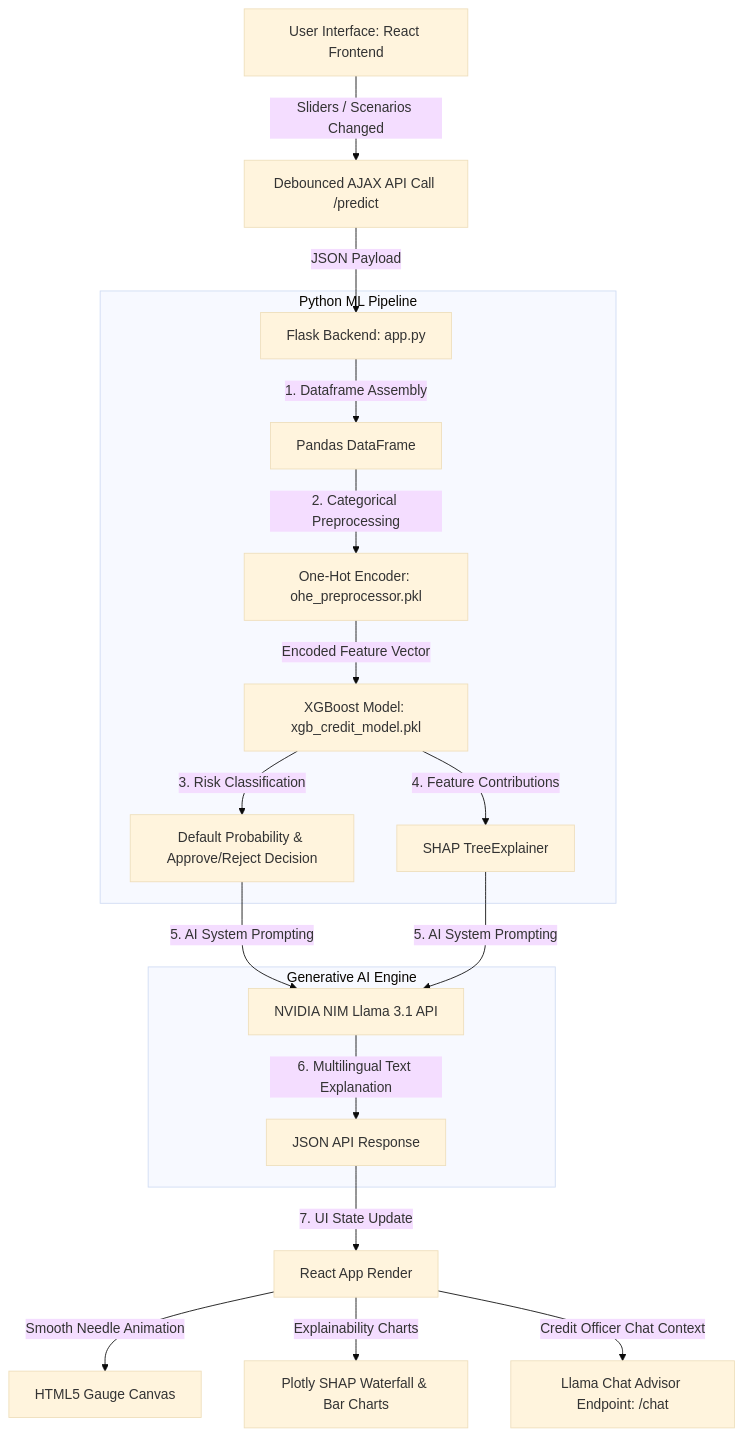
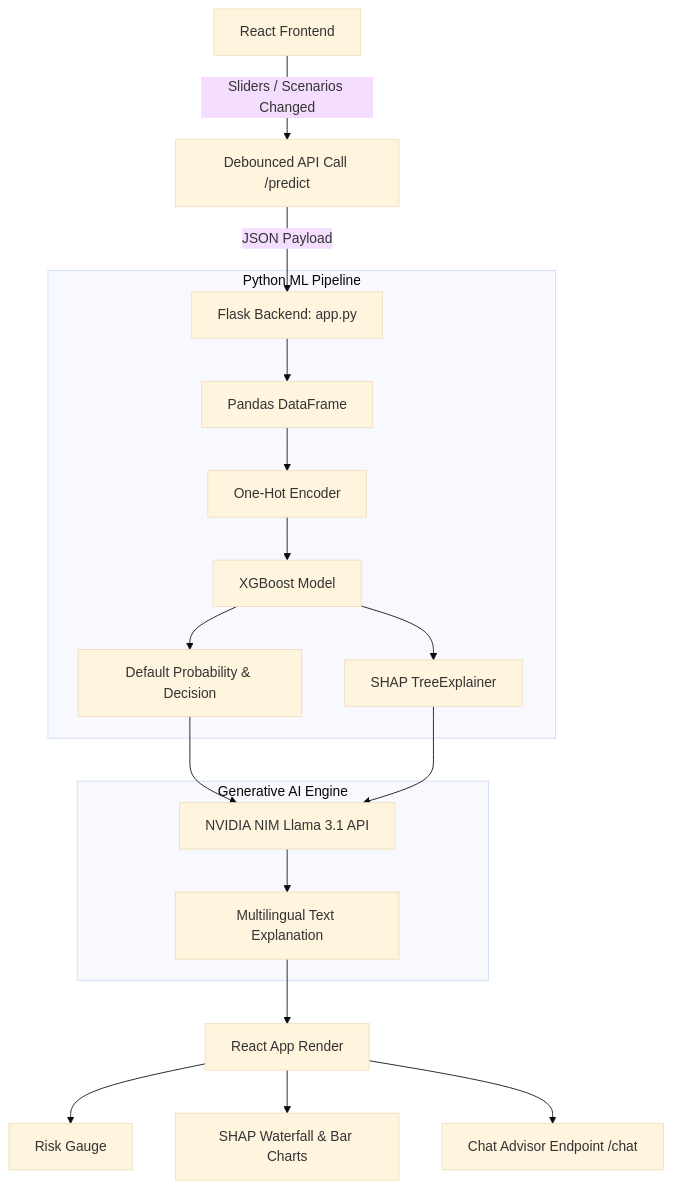
The diagram in README.md (m-rishab/Credit-Risk-StressLab), drawn with Mermaid (base theme) before and after one commit. The commit also changed other lines of this file, not shown here.

````diff
--- a/README.md
+++ b/README.md
@@ -47,23 +19,23 @@
 ```mermaid
 graph TD
-    A[User Interface: React Frontend] -->|Sliders / Scenarios Changed| B[Debounced AJAX API Call /predict]
+    A[React Frontend] -->|Sliders / Scenarios Changed| B[Debounced API Call /predict]
     B -->|JSON Payload| C[Flask Backend: app.py]
-    
+
     subgraph Python ML Pipeline
-        C -->|1. Dataframe Assembly| D[Pandas DataFrame]
-        D -->|2. Categorical Preprocessing| E[One-Hot Encoder: ohe_preprocessor.pkl]
-        E -->|Encoded Feature Vector| F[XGBoost Model: xgb_credit_model.pkl]
-        F -->|3. Risk Classification| G[Default Probability & Approve/Reject Decision]
-        F -->|4. Feature Contributions| H[SHAP TreeExplainer]
+        C --> D[Pandas DataFrame]
+        D --> E[One-Hot Encoder]
+        E --> F[XGBoost Model]
+        F --> G[Default Probability & Decision]
+        F --> H[SHAP TreeExplainer]
     end
-    
+
     subgraph Generative AI Engine
-        G & H -->|5. AI System Prompting| I[NVIDIA NIM Llama 3.1 API]
-        I -->|6. Multilingual Text Explanation| J[JSON API Response]
+        G & H --> I[NVIDIA NIM Llama 3.1 API]
+        I --> J[Multilingual Text Explanation]
     end
-    
-    J -->|7. UI State Update| K[React App Render]
-    K -->|Smooth Needle Animation| L[HTML5 Gauge Canvas]
-    K -->|Explainability Charts| M[Plotly SHAP Waterfall & Bar Charts]
-    K -->|Credit Officer Chat Context| N[Llama Chat Advisor Endpoint: /chat]
+
+    J --> K[React App Render]
+    K --> L[Risk Gauge]
+    K --> M[SHAP Waterfall & Bar Charts]
+    K --> N[Chat Advisor Endpoint /chat]
 ```
````
